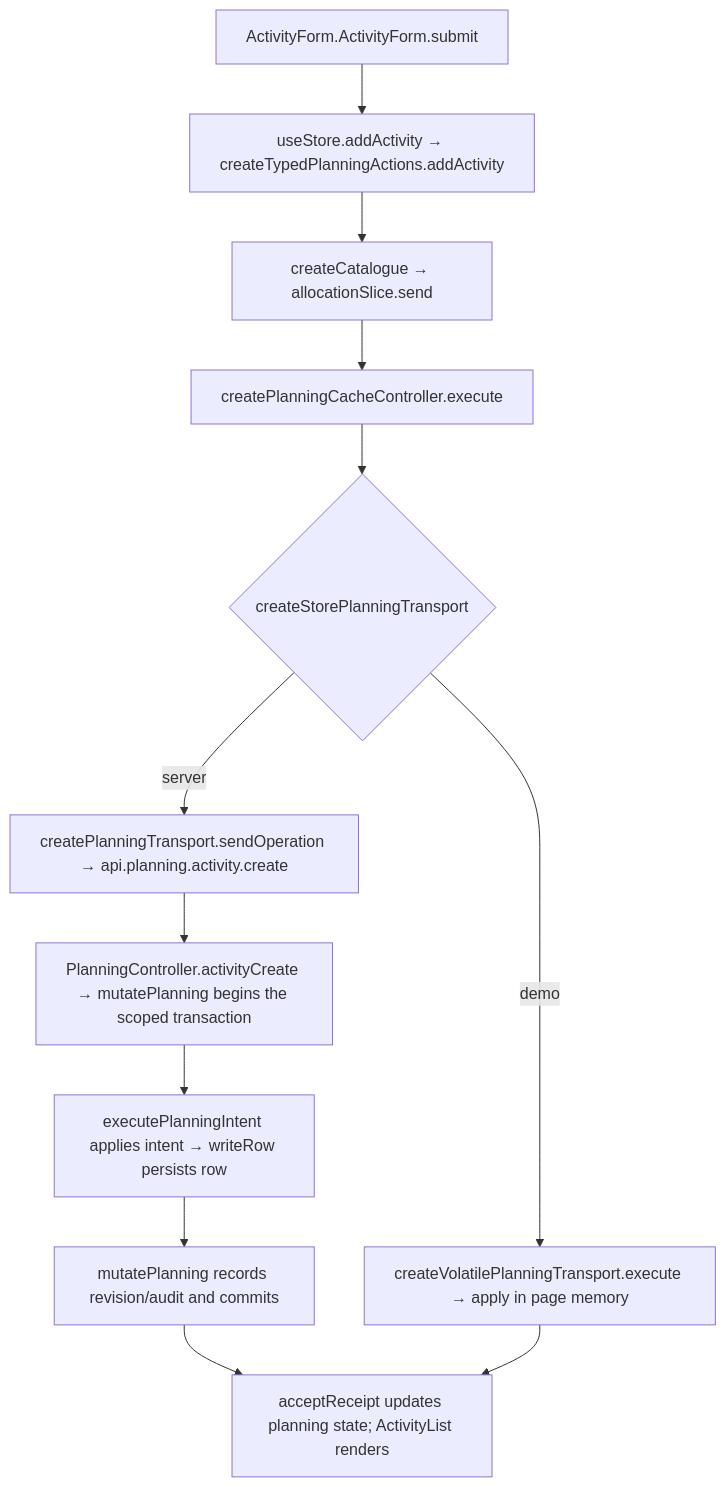
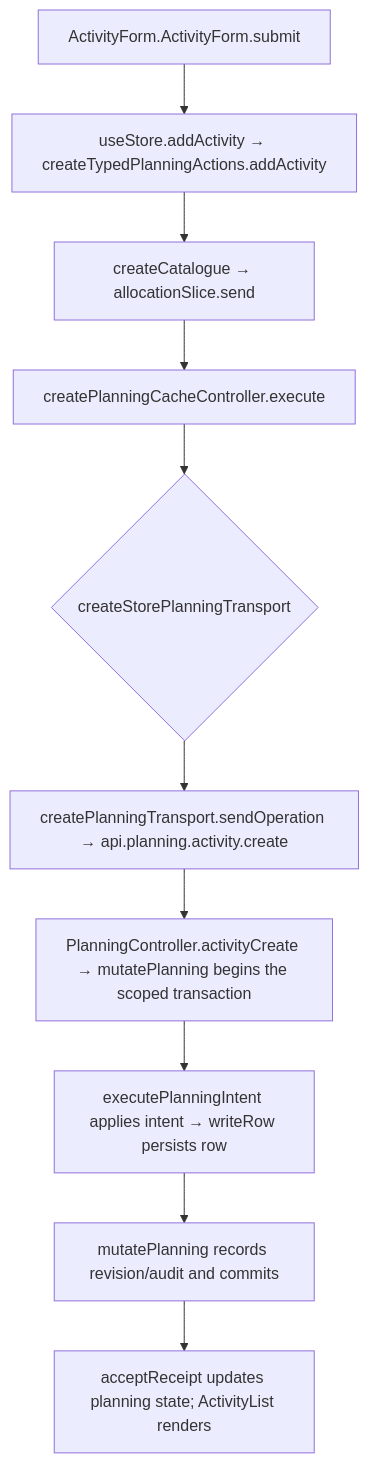
One commit to Kevinjohn/capacitylens changed the second of 2 diagrams in user-stories/activities/US-ACT-01-add-activity.md. Above: the diagram before and after it, drawn with Mermaid. The commit also changed other lines of this file and 343 other files, not shown here.

Commit message:
feat: use server-owned company planning and a disposable development demo

````diff
--- a/user-stories/activities/US-ACT-01-add-activity.md
+++ b/user-stories/activities/US-ACT-01-add-activity.md
@@ -39,9 +39,8 @@
 ```mermaid
 flowchart TD
   A["ActivityForm.ActivityForm.submit"] --> B["useStore.addActivity → createTypedPlanningActions.addActivity"]
   B --> C["createCatalogue → allocationSlice.send"]
   C --> D["createPlanningCacheController.execute"] --> E{"createStorePlanningTransport"}
-  E -->|server| F["createPlanningTransport.sendOperation → api.planning.activity.create"] --> G["PlanningController.activityCreate → mutatePlanning begins the scoped transaction"]
+  E --> F["createPlanningTransport.sendOperation → api.planning.activity.create"] --> G["PlanningController.activityCreate → mutatePlanning begins the scoped transaction"]
   G --> H["executePlanningIntent applies intent → writeRow persists row"] --> K["mutatePlanning records revision/audit and commits"] --> J["acceptReceipt updates planning state; ActivityList renders"]
-  E -->|demo| I["createVolatilePlanningTransport.execute → apply in page memory"] --> J
 ```
````
